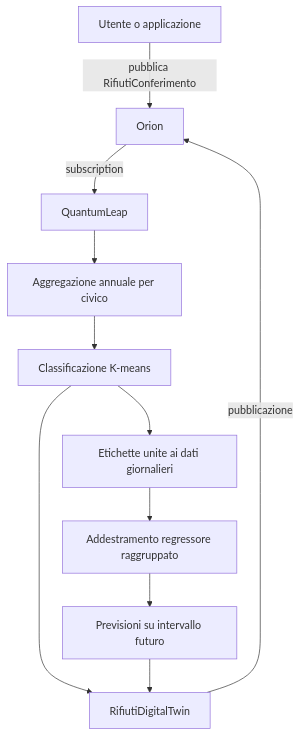
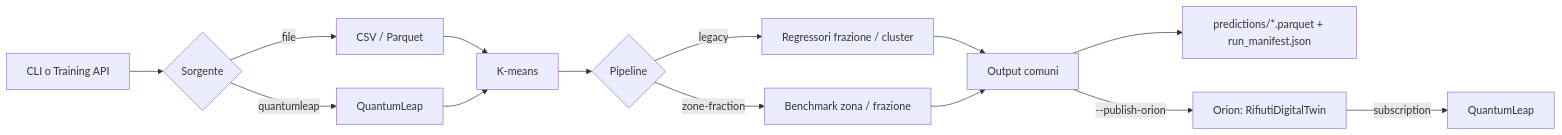
Before and after one commit to Esprimosrl/c4sa-esccr-machine-learning: the diagram in README.md, drawn with Mermaid. The commit also changed other lines of this file and 16 other files, not shown here.

````diff
--- a/README.md
+++ b/README.md
@@ -16,13 +41,16 @@
 ```mermaid
-flowchart TD
-    U[Utente o applicazione] -->|pubblica RifiutiConferimento| O[Orion]
-    O -->|subscription| Q[QuantumLeap]
-    Q --> A[Aggregazione annuale per civico]
-    A --> C[Classificazione K-means]
-    C --> J[Etichette unite ai dati giornalieri]
-    J --> R[Addestramento regressore raggruppato]
-    R --> F[Previsioni su intervallo futuro]
-    C --> T[RifiutiDigitalTwin]
-    F --> T
-    T -->|pubblicazione| O
+flowchart LR
+    CLI[CLI o Training API] --> S{Sorgente}
+    S -->|file| F[CSV / Parquet]
+    S -->|quantumleap| Q[QuantumLeap]
+    F --> K[K-means]
+    Q --> K
+    K --> P{Pipeline}
+    P -->|legacy| L[Regressori frazione / cluster]
+    P -->|zone-fraction| Z[Benchmark zona / frazione]
+    L --> O[Output comuni]
+    Z --> O
+    O --> T[predictions/*.parquet + run_manifest.json]
+    O -->|--publish-orion| R[Orion: RifiutiDigitalTwin]
+    R -->|subscription| QL[QuantumLeap]
 ```
````
